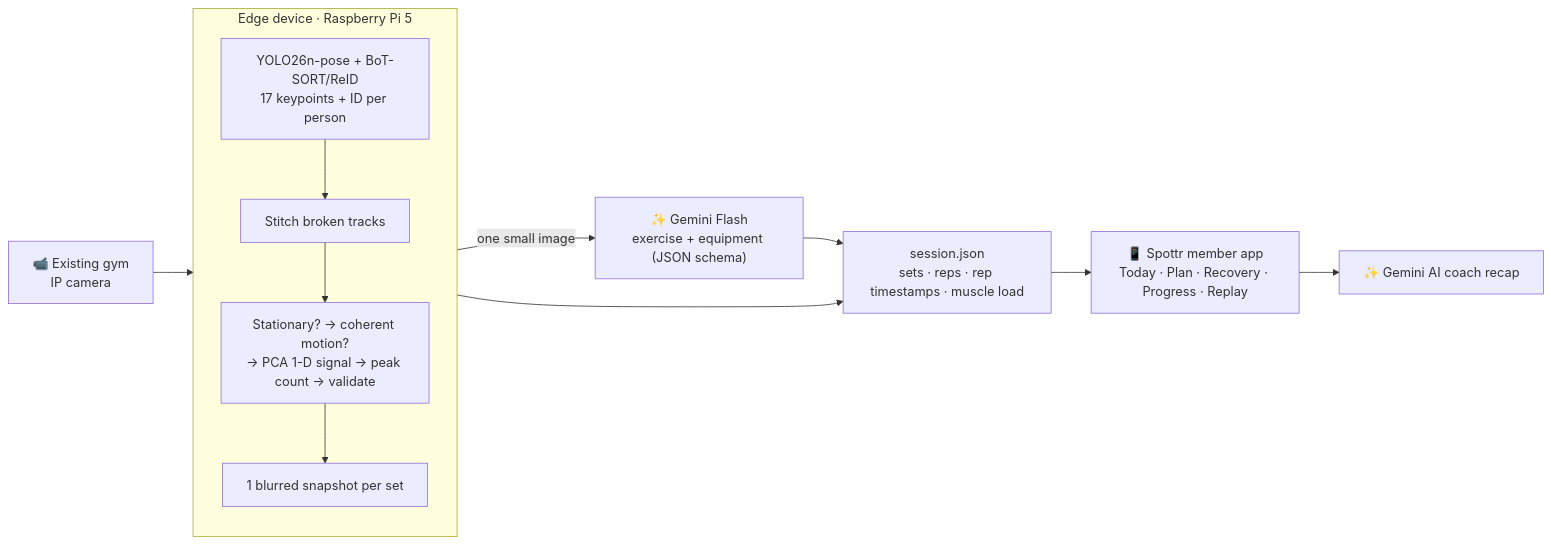
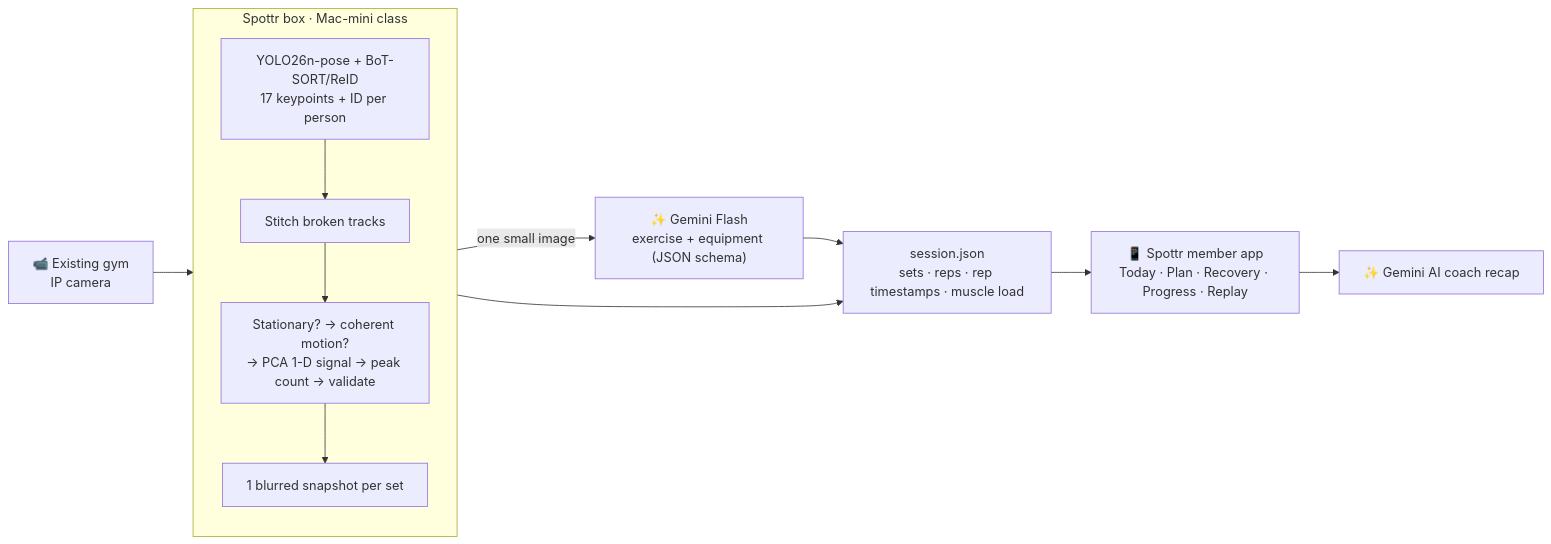
Before and after one commit to felixmlgl/spottr: the diagram in README.md, drawn with Mermaid. The commit also changed other lines of this file and 6 other files, not shown here.

Commit message:
Align names with the deck: Multi-camera tracking, Spottr box, Mac-mini class, Vercel

````diff
--- a/README.md
+++ b/README.md
@@ -113,15 +113,15 @@
 ```mermaid
 flowchart LR
     CAM["📹 Existing gym<br/>IP camera"] --> EDGE
-    subgraph EDGE["Edge device · Raspberry Pi 5"]
+    subgraph EDGE["Spottr box · Mac-mini class"]
         direction TB
         POSE["YOLO26n-pose + BoT-SORT/ReID<br/>17 keypoints + ID per person"] --> STITCH["Stitch broken tracks"]
         STITCH --> REPS["Stationary? → coherent motion?<br/>→ PCA 1-D signal → peak count → validate"]
         REPS --> SNAP["1 blurred snapshot per set"]
     end
     SNAP -->|"one small image"| GEM["✨ Gemini Flash<br/>exercise + equipment (JSON schema)"]
     GEM --> JSON["session.json<br/>sets · reps · rep timestamps · muscle load"]
     REPS --> JSON
     JSON --> APP["📱 Spottr member app<br/>Today · Plan · Recovery · Progress · Replay"]
     APP --> RECAP["✨ Gemini AI coach recap"]
 ```
````
